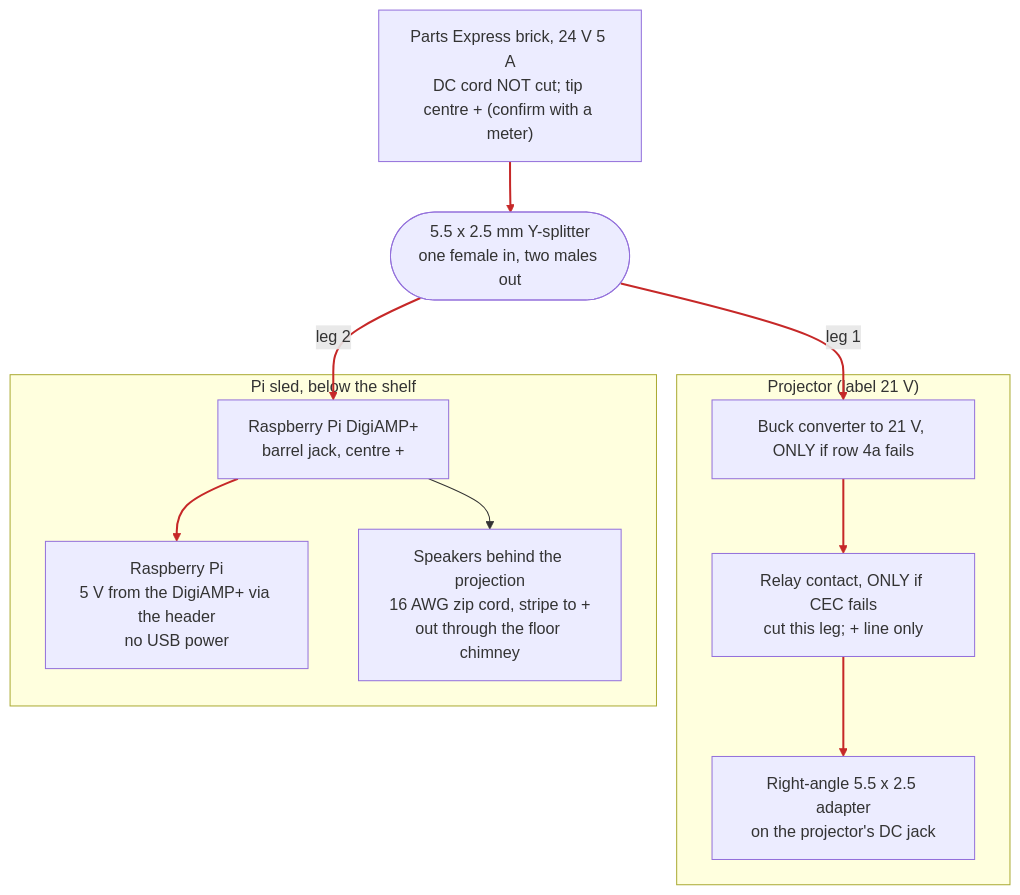
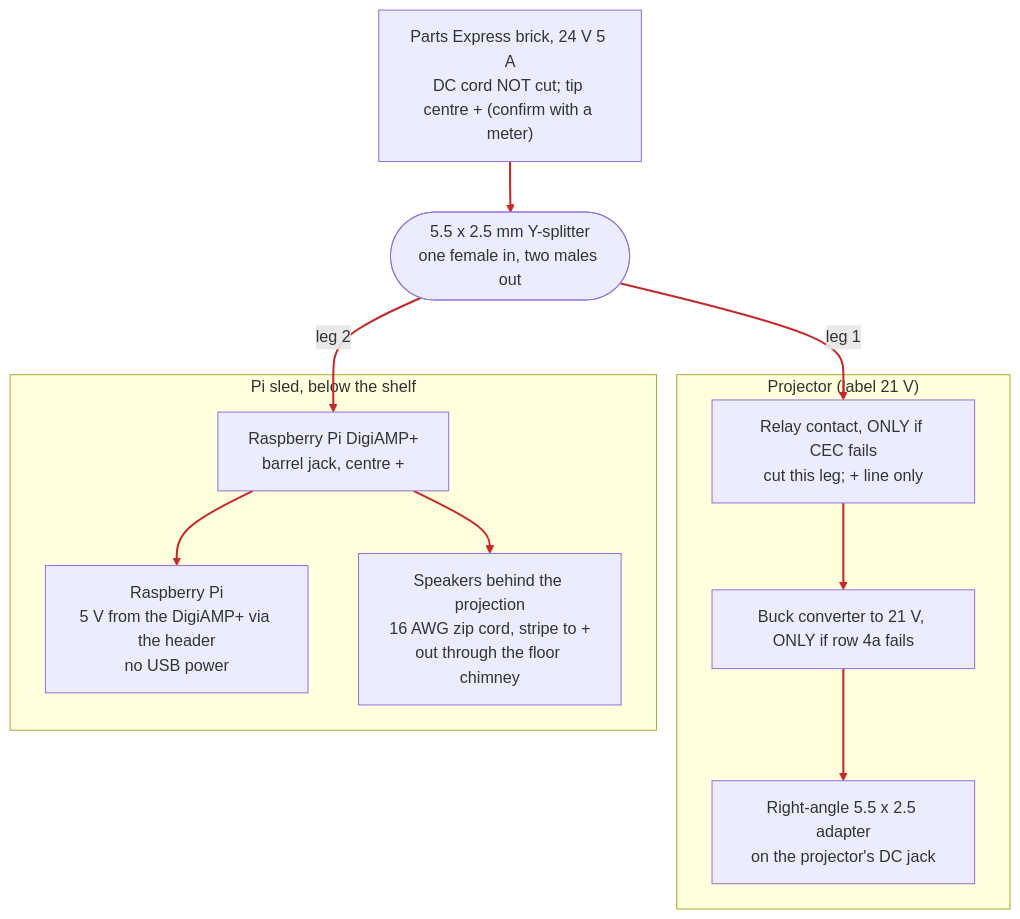
Before and after one commit to davidwkeith/atmosfx-projector-case: the second of 3 diagrams in docs/WIRING.md, drawn with Mermaid. The commit also changed other lines of this file and 14 other files, not shown here.

Commit message:
Final review fixes: unassemblable provisional layout flagged, M3 x 16 clamp screws, clamp grip hedged with remedies, spec/BRINGUP/WIRING/diagram consistency

````diff
--- a/docs/WIRING.md
+++ b/docs/WIRING.md
@@ -52,21 +52,21 @@
 ```mermaid
 flowchart TB
   BR["Parts Express brick, 24 V 5 A<br/>DC cord NOT cut; tip centre + (confirm with a meter)"]
   SPL(["5.5 x 2.5 mm Y-splitter<br/>one female in, two males out"])
   subgraph PJ["Projector (label 21 V)"]
     BUCK["Buck converter to 21 V, ONLY if row 4a fails"]
     RELAY["Relay contact, ONLY if CEC fails<br/>cut this leg; + line only"]
     ADP["Right-angle 5.5 x 2.5 adapter<br/>on the projector's DC jack"]
   end
   subgraph PIZ["Pi sled, below the shelf"]
     AMP["Raspberry Pi DigiAMP+<br/>barrel jack, centre +"]
     PI["Raspberry Pi<br/>5 V from the DigiAMP+ via the header<br/>no USB power"]
     SPK["Speakers behind the projection<br/>16 AWG zip cord, stripe to +<br/>out through the floor chimney"]
   end
   BR --> SPL
-  SPL -- "leg 1" --> BUCK --> RELAY --> ADP
+  SPL -- "leg 1" --> RELAY --> BUCK --> ADP
   SPL -- "leg 2" --> AMP
   AMP --> PI
   AMP --> SPK
-  linkStyle 0,1,2,3,4,5 stroke:#c62828,stroke-width:2px
+  linkStyle 0,1,2,3,4,5,6 stroke:#c62828,stroke-width:2px
 ```
````
